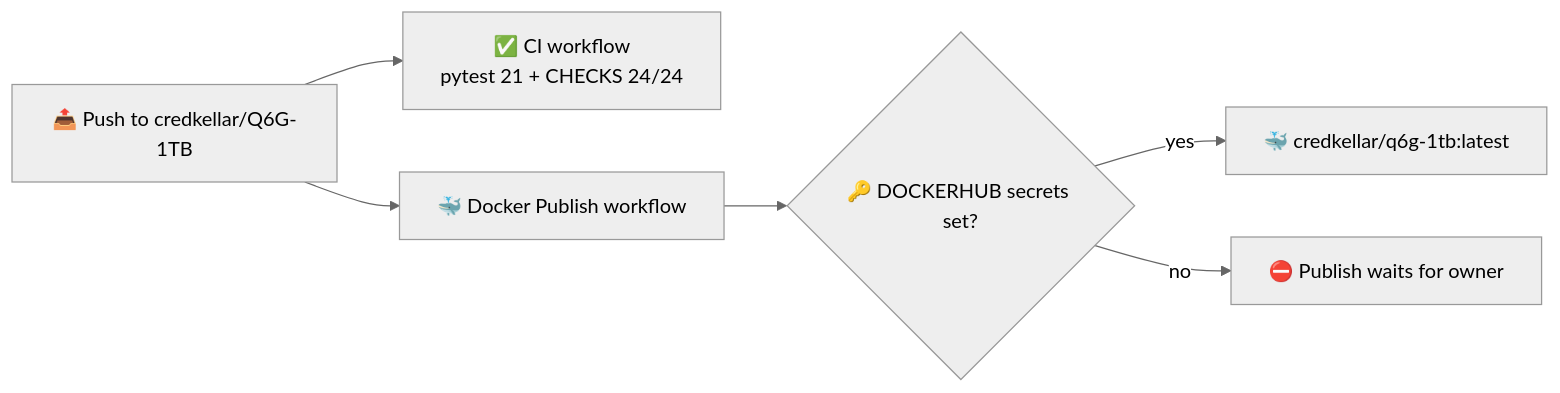
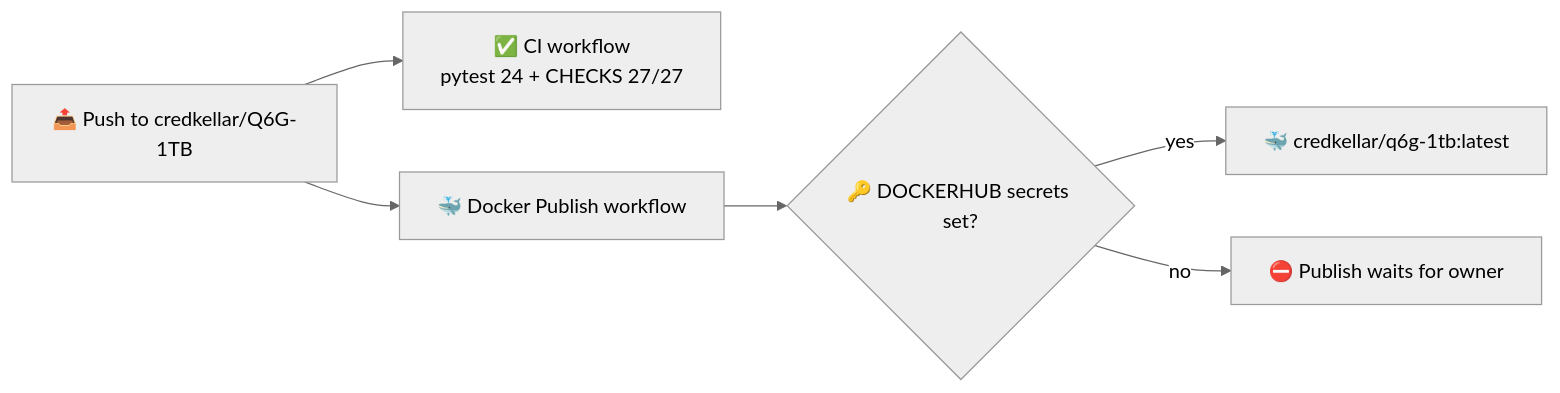
One commit to kimanicollier44-cmyk/Q6G-1TB changed the first of 16 diagrams in README.md. Above: the diagram before and after it, drawn with Mermaid (neutral theme). The commit also changed other lines of this file and 7 other files, not shown here.

Commit message:
Q6G-1TB v1.3.0: merge Kellar-Ecosystem + new workflows - pytest 24, CHECKS 27/27

````diff
--- a/README.md
+++ b/README.md
@@ -34,8 +34,8 @@
 ```mermaid
 flowchart LR
-    P[📤 Push to credkellar/Q6G-1TB] --> CI[✅ CI workflow<br/>pytest 21 + CHECKS 24/24]
+    P[📤 Push to credkellar/Q6G-1TB] --> CI[✅ CI workflow<br/>pytest 24 + CHECKS 27/27]
     P --> DP[🐳 Docker Publish workflow]
     DP --> S{🔑 DOCKERHUB secrets set?}
     S -->|yes| HUB[🐳 credkellar/q6g-1tb:latest]
     S -->|no| HOLD[⛔ Publish waits for owner]
 ```
````
